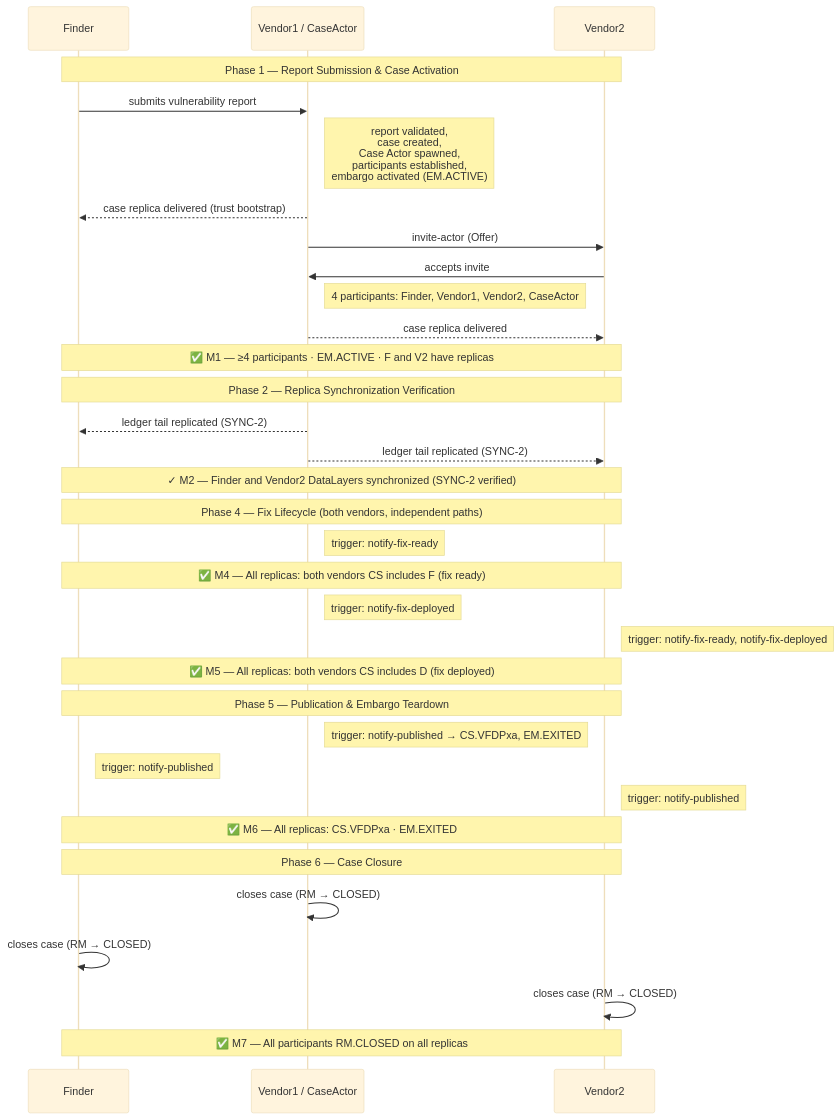
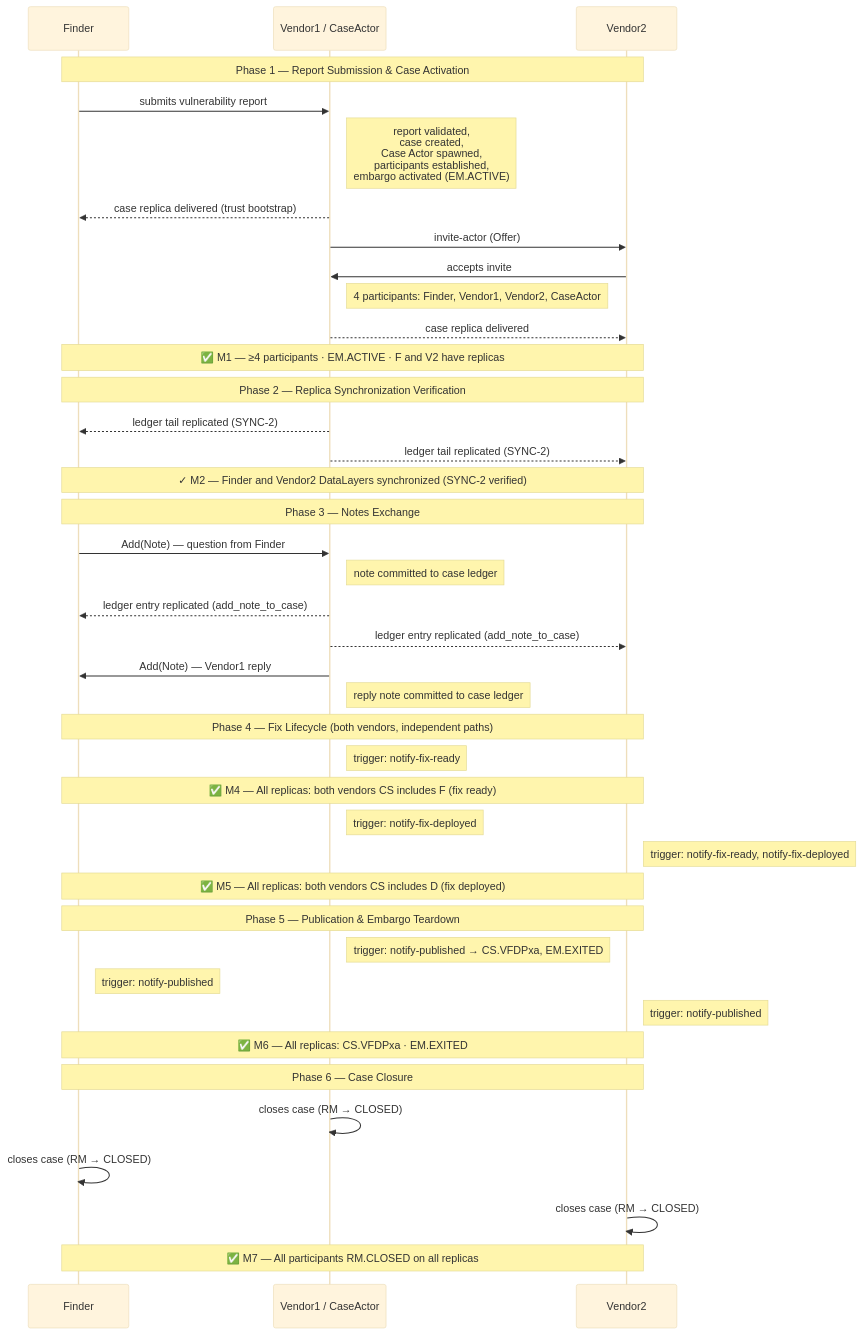
One commit to CERTCC/Vultron changed the diagram in docs/howto/demos/fvv-demo.md. Above: the diagram before and after it, drawn with Mermaid (base theme). The commit also changed other lines of this file and 1 other file, not shown here.

First line of the commit message:
feat: add notes exchange phase to FVV demo (satisfies invariant 5)

````diff
--- a/docs/howto/demos/fvv-demo.md
+++ b/docs/howto/demos/fvv-demo.md
@@ -66,47 +66,56 @@
 ```mermaid
 sequenceDiagram
     participant F as Finder
     participant V1 as Vendor1 / CaseActor
     participant V2 as Vendor2
 
     note over F,V2: Phase 1 — Report Submission & Case Activation
 
     F->>V1: submits vulnerability report
     note right of V1: report validated,<br/>case created,<br/>Case Actor spawned,<br/>participants established,<br/>embargo activated (EM.ACTIVE)
     V1-->>F: case replica delivered (trust bootstrap)
     V1->>V2: invite-actor (Offer)
     V2->>V1: accepts invite
     note right of V1: 4 participants: Finder, Vendor1, Vendor2, CaseActor
     V1-->>V2: case replica delivered
 
     note over F,V2: ✅ M1 — ≥4 participants · EM.ACTIVE · F and V2 have replicas
 
     note over F,V2: Phase 2 — Replica Synchronization Verification
 
     V1-->>F: ledger tail replicated (SYNC-2)
     V1-->>V2: ledger tail replicated (SYNC-2)
     note over F,V2: ✓ M2 — Finder and Vendor2 DataLayers synchronized (SYNC-2 verified)
 
+    note over F,V2: Phase 3 — Notes Exchange
+
+    F->>V1: Add(Note) — question from Finder
+    note right of V1: note committed to case ledger
+    V1-->>F: ledger entry replicated (add_note_to_case)
+    V1-->>V2: ledger entry replicated (add_note_to_case)
+    V1->>F: Add(Note) — Vendor1 reply
+    note right of V1: reply note committed to case ledger
+
     note over F,V2: Phase 4 — Fix Lifecycle (both vendors, independent paths)
 
     note right of V1: trigger: notify-fix-ready
     note over F,V2: ✅ M4 — All replicas: both vendors CS includes F (fix ready)
 
     note right of V1: trigger: notify-fix-deployed
     note right of V2: trigger: notify-fix-ready, notify-fix-deployed
     note over F,V2: ✅ M5 — All replicas: both vendors CS includes D (fix deployed)
 
     note over F,V2: Phase 5 — Publication & Embargo Teardown
 
     note right of V1: trigger: notify-published → CS.VFDPxa, EM.EXITED
     note right of F: trigger: notify-published
     note right of V2: trigger: notify-published
     note over F,V2: ✅ M6 — All replicas: CS.VFDPxa · EM.EXITED
 
     note over F,V2: Phase 6 — Case Closure
 
     V1->>V1: closes case (RM → CLOSED)
     F->>F: closes case (RM → CLOSED)
     V2->>V2: closes case (RM → CLOSED)
     note over F,V2: ✅ M7 — All participants RM.CLOSED on all replicas
 ```
````
